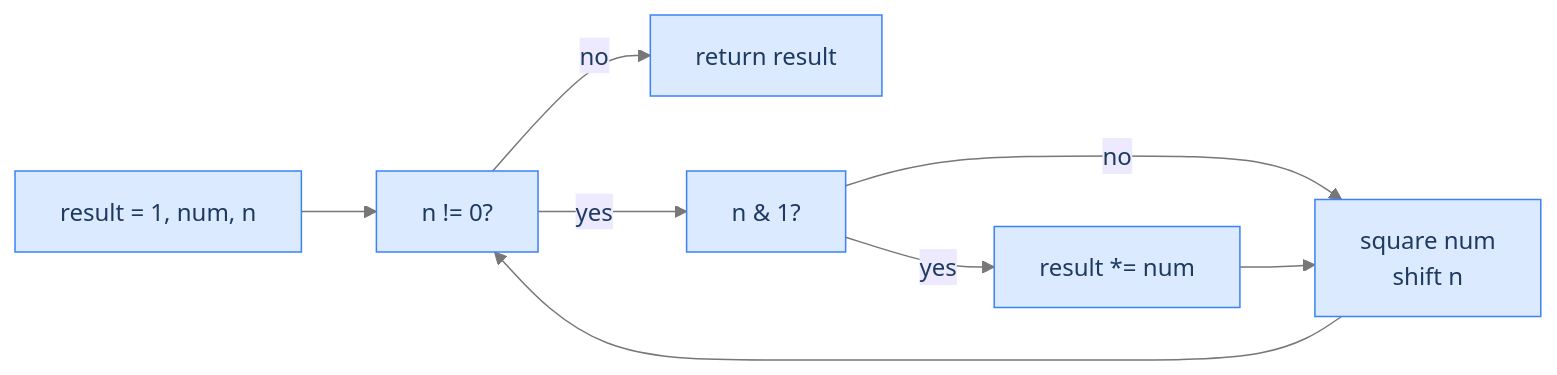
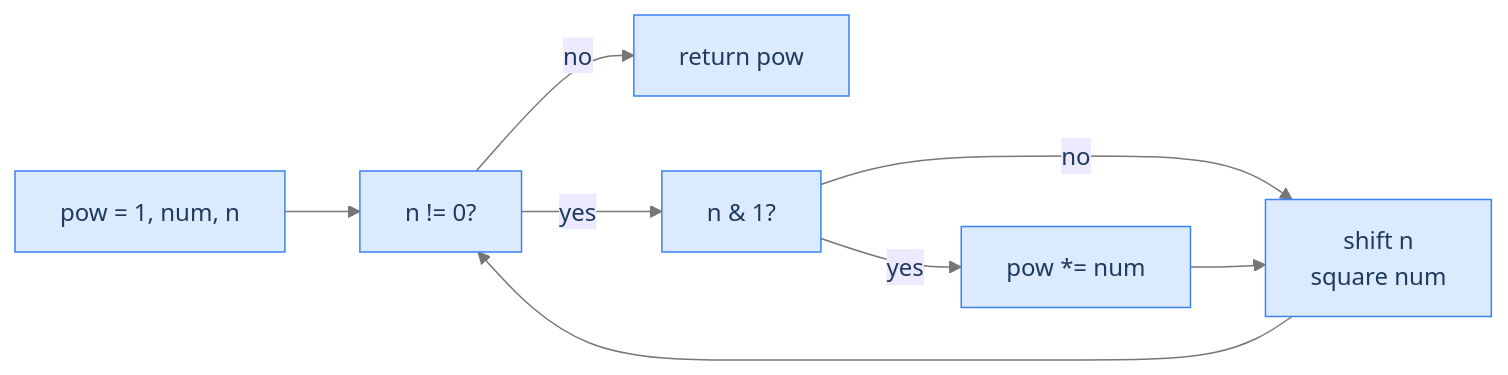
Before and after one commit to ani2fun/codefolio: the diagram in content/cortex/data-structures-and-algorithms/08-bit-tricks/06-pattern-applications.md, drawn with Mermaid. The commit also changed other lines of this file and 319 other files, not shown here.

````diff
--- a/content/cortex/data-structures-and-algorithms/08-bit-tricks/06-pattern-applications.md
+++ b/content/cortex/data-structures-and-algorithms/08-bit-tricks/06-pattern-applications.md
@@ -345,22 +365,22 @@
 ```mermaid
 ---
 config:
   theme: base
   themeVariables:
     primaryColor: "#dbeafe"
     primaryBorderColor: "#3b82f6"
     primaryTextColor: "#1e3a5f"
     lineColor: "#777777"
     secondaryColor: "#ede9fe"
     tertiaryColor: "#fef9c3"
 ---
 flowchart LR
-  S0["result = 1, num, n"]
+  S0["pow = 1, num, n"]
   S0 --> CHECK["n != 0?"]
-  CHECK -->|"no"| RET["return result"]
+  CHECK -->|"no"| RET["return pow"]
   CHECK -->|"yes"| BIT["n & 1?"]
-  BIT -->|"yes"| MULT["result *= num"]
-  BIT -->|"no"| SQ["square num<br/>shift n"]
+  BIT -->|"yes"| MULT["pow *= num"]
+  BIT -->|"no"| SQ["shift n<br/>square num"]
   MULT --> SQ
   SQ --> CHECK
 ```
````
